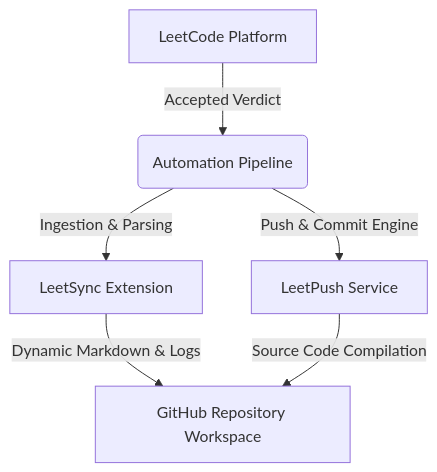
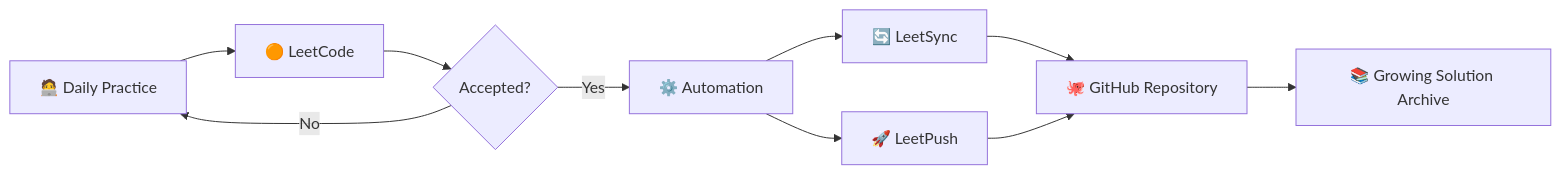
Before and after one commit to Purushottam36/leetcode: the diagram in README.md, drawn with Mermaid. The commit also changed other lines of this file, not shown here.

````diff
--- a/README.md
+++ b/README.md
@@ -41,8 +55,12 @@
 ```mermaid
-graph TD
-    A[LeetCode Platform] -->|Accepted Verdict| B(Automation Pipeline)
-    B -->|Ingestion & Parsing| C[LeetSync Extension]
-    B -->|Push & Commit Engine| D[LeetPush Service]
-    C -->|Dynamic Markdown & Logs| E[GitHub Repository Workspace]
-    D -->|Source Code Compilation| E
+flowchart LR
+    A["🧑‍💻 Daily Practice"] --> B["🟠 LeetCode"]
+    B --> C{"Accepted?"}
+    C -->|Yes| D["⚙️ Automation"]
+    C -->|No| A
+    D --> E["🔄 LeetSync"]
+    D --> F["🚀 LeetPush"]
+    E --> G["🐙 GitHub Repository"]
+    F --> G
+    G --> H["📚 Growing Solution Archive"]
 ```
````
